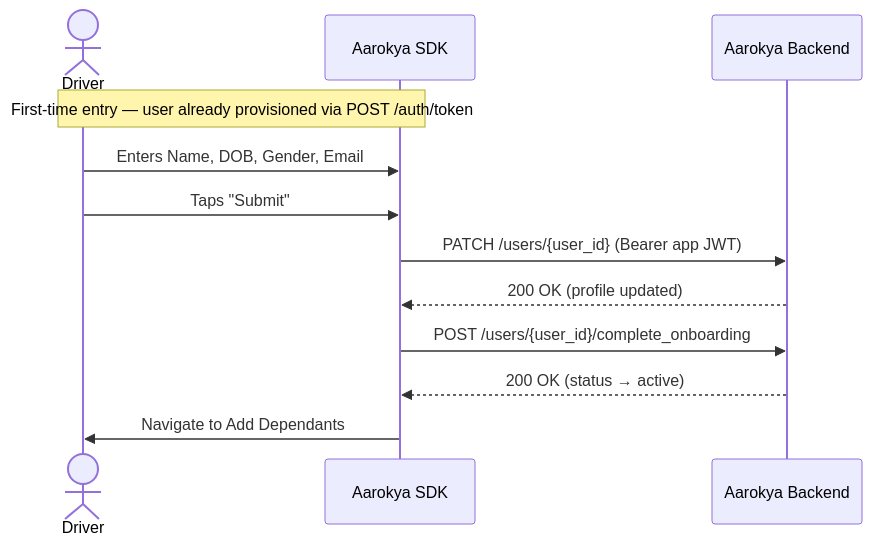
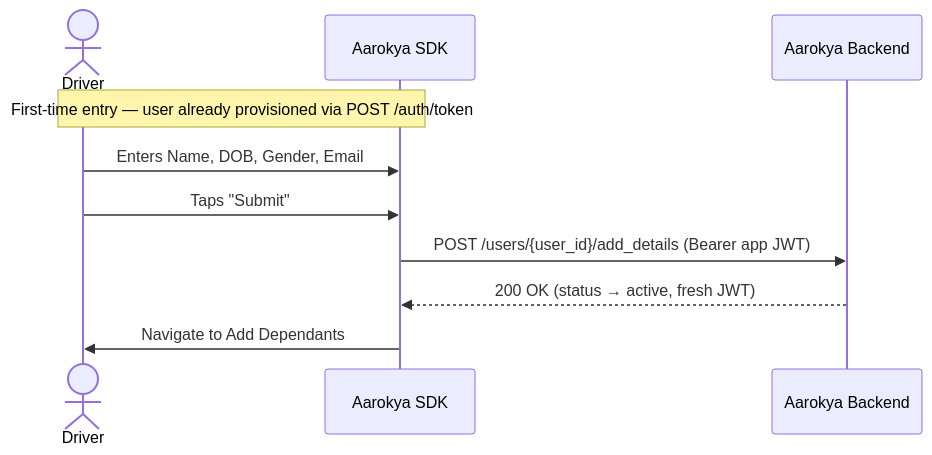
One commit to anu19981/aarokya-backend changed the second of 11 diagrams in api-reference/architecture/screen-flows.mdx. Above: the diagram before and after it, drawn with Mermaid. The commit also changed other lines of this file and 90 other files, not shown here.

Commit message:
sync: update api-reference from aarokya-agentic-app

````diff
--- a/api-reference/architecture/screen-flows.mdx
+++ b/api-reference/architecture/screen-flows.mdx
@@ -47,15 +47,13 @@
 ```mermaid
 sequenceDiagram
     actor Driver
     participant App as Aarokya SDK
     participant API as Aarokya Backend
 
     Note over Driver,App: First-time entry — user already provisioned via POST /auth/token
     Driver->>App: Enters Name, DOB, Gender, Email
     Driver->>App: Taps "Submit"
-    App->>API: PATCH /users/{user_id} (Bearer app JWT)
-    API-->>App: 200 OK (profile updated)
-    App->>API: POST /users/{user_id}/complete_onboarding
-    API-->>App: 200 OK (status → active)
+    App->>API: POST /users/{user_id}/add_details (Bearer app JWT)
+    API-->>App: 200 OK (status → active, fresh JWT)
     App->>Driver: Navigate to Add Dependants
 ```
````
